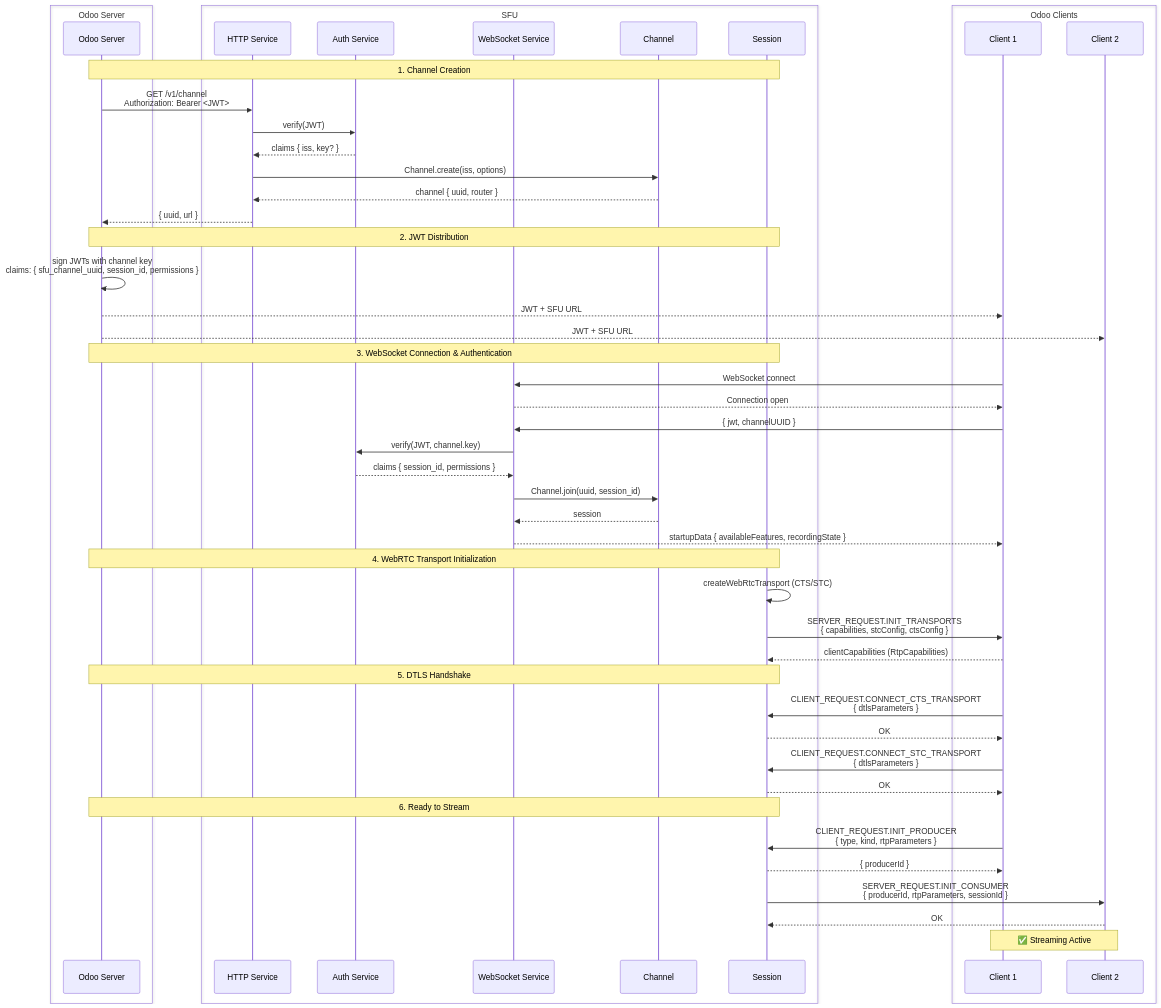
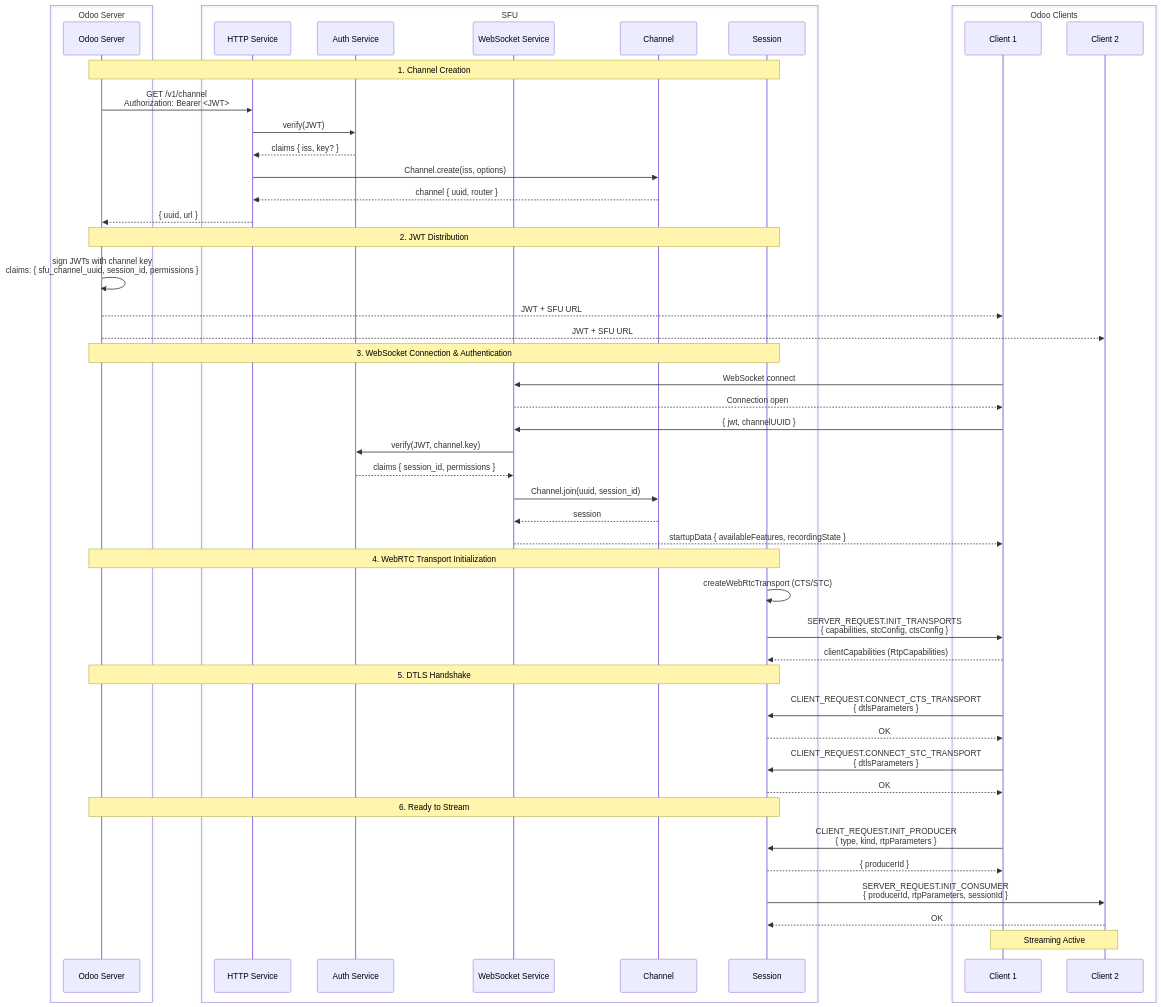
One commit to odoo/sfu changed the diagram in doc/network_flow.md. Above: the diagram before and after it, drawn with Mermaid. The commit also changed other lines of this file and 4 other files, not shown here.

````diff
--- a/doc/network_flow.md
+++ b/doc/network_flow.md
@@ -5,59 +3,59 @@
 ```mermaid
 sequenceDiagram
     box Odoo Server
         participant OS as Odoo Server
     end
     box SFU
         participant HTTP as HTTP Service
         participant Auth as Auth Service
         participant WS as WebSocket Service
         participant Ch as Channel
         participant Sess as Session
     end
     box Odoo Clients
         participant C1 as Client 1
         participant C2 as Client 2
     end
 
     Note over OS,Sess: 1. Channel Creation
     OS->>HTTP: GET /v1/channel<br>Authorization: Bearer <JWT>
     HTTP->>Auth: verify(JWT)
     Auth-->>HTTP: claims { iss, key? }
     HTTP->>Ch: Channel.create(iss, options)
     Ch-->>HTTP: channel { uuid, router }
     HTTP-->>OS: { uuid, url }
 
     Note over OS,Sess: 2. JWT Distribution
     OS->>OS: sign JWTs with channel key<br>claims: { sfu_channel_uuid, session_id, permissions }
     OS-->>C1: JWT + SFU URL
     OS-->>C2: JWT + SFU URL
 
     Note over OS,Sess: 3. WebSocket Connection & Authentication
     C1->>WS: WebSocket connect
     WS-->>C1: Connection open
     C1->>WS: { jwt, channelUUID }
     WS->>Auth: verify(JWT, channel.key)
     Auth-->>WS: claims { session_id, permissions }
     WS->>Ch: Channel.join(uuid, session_id)
     Ch-->>WS: session
     WS-->>C1: startupData { availableFeatures, recordingState }
 
     Note over OS,Sess: 4. WebRTC Transport Initialization
     Sess->>Sess: createWebRtcTransport (CTS/STC)
     Sess->>C1: SERVER_REQUEST.INIT_TRANSPORTS<br>{ capabilities, stcConfig, ctsConfig }
     C1-->>Sess: clientCapabilities (RtpCapabilities)
 
     Note over OS,Sess: 5. DTLS Handshake
     C1->>Sess: CLIENT_REQUEST.CONNECT_CTS_TRANSPORT<br>{ dtlsParameters }
     Sess-->>C1: OK
     C1->>Sess: CLIENT_REQUEST.CONNECT_STC_TRANSPORT<br>{ dtlsParameters }
     Sess-->>C1: OK
 
     Note over OS,Sess: 6. Ready to Stream
     C1->>Sess: CLIENT_REQUEST.INIT_PRODUCER<br>{ type, kind, rtpParameters }
     Sess-->>C1: { producerId }
     Sess->>C2: SERVER_REQUEST.INIT_CONSUMER<br>{ producerId, rtpParameters, sessionId }
     C2-->>Sess: OK
 
-    Note over C1,C2: ✅ Streaming Active
+    Note over C1,C2: Streaming Active
 ```
````
